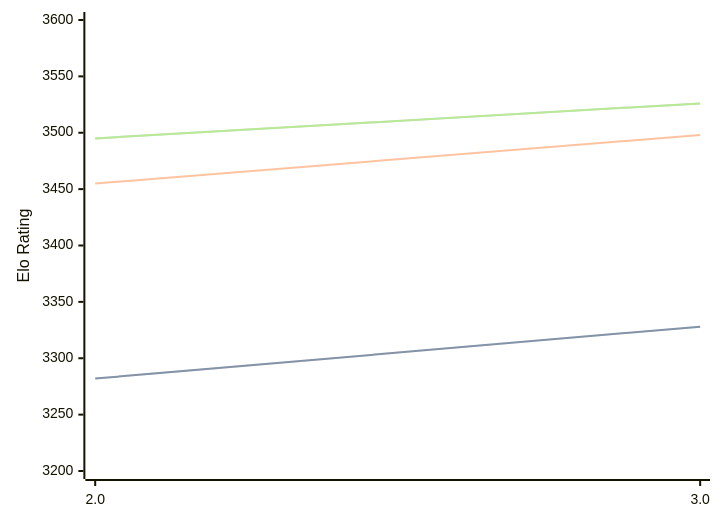
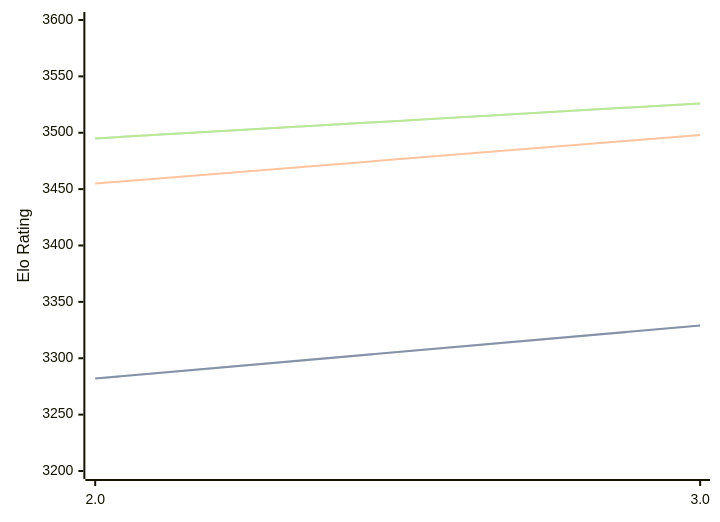
The first of 3 diagrams in engines/Quanticade.md (computer-chess-index/cci), drawn with Mermaid before and after one commit. The commit also changed other lines of this file, not shown here.

````diff
--- a/engines/Quanticade.md
+++ b/engines/Quanticade.md
@@ -41,11 +41,11 @@
 ```mermaid
 %%{init: {"theme":"base","themeVariables":{"seriesColors:['#a3a3a3','#222221','#faa371']}}}%%
 xychart-beta
   x-axis ["2.0", "3.0"]
   y-axis "Elo Rating" 3200 --> 3600
-  line "STC (8.0+0.08s)" [3282, 3328]
-  line "STC (8.0+0.08s)" [3282, 3328]
+  line "STC (8.0+0.08s)" [3282, 3329]
+  line "STC (8.0+0.08s)" [3282, 3329]
   line "LTC (60.0+0.60s)" [3455, 3498]
   line "VLTC (2m24s+1.12s)" [3495, 3526]
   line "VLTC (2m24s+1.12s)" [3495, 3526]
 ```
````
